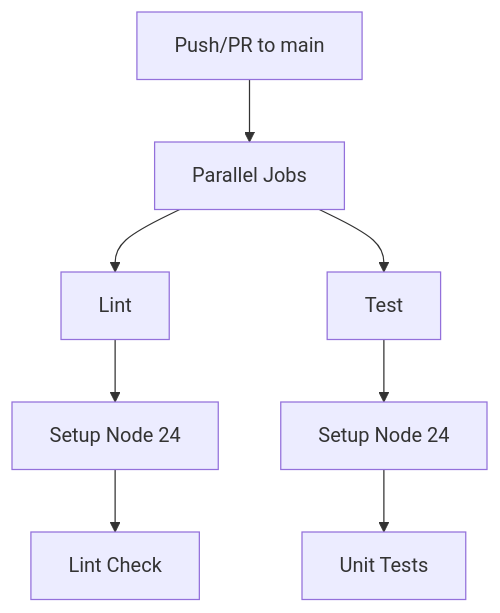
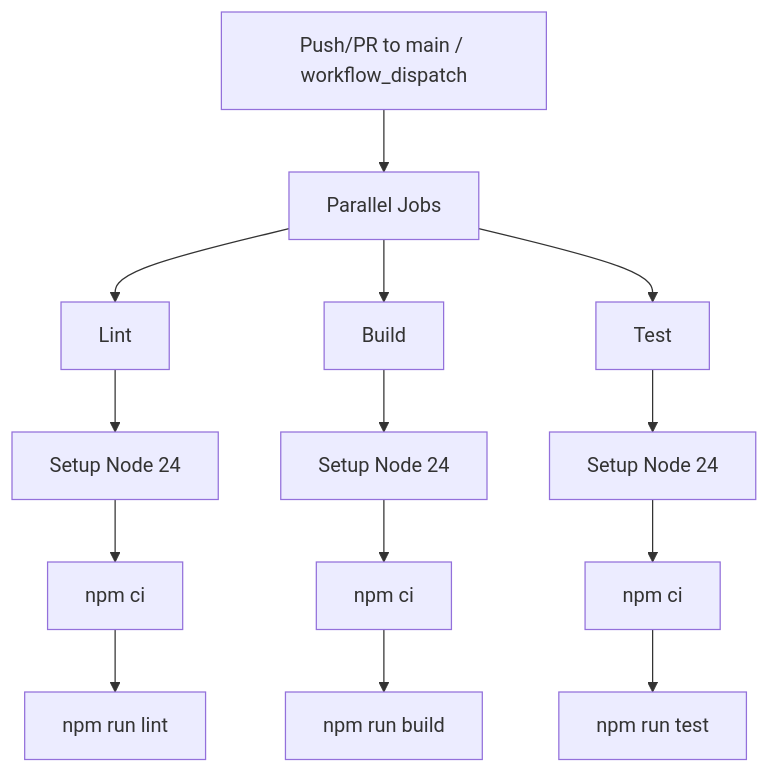
The diagram in .github/workflows/docs/ci.md (kevinchatham/halide), drawn with Mermaid before and after one commit. The commit also changed other lines of this file and 5 other files, not shown here.

First line of the commit message:
ci: add build job and expand workflow documentation

````diff
--- a/.github/workflows/docs/ci.md
+++ b/.github/workflows/docs/ci.md
@@ -7,11 +17,18 @@
 ```mermaid
 graph TD
-    A[Push/PR to main] --> B[Parallel Jobs]
+    A[Push/PR to main / workflow_dispatch] --> B[Parallel Jobs]
     B --> C[Lint]
-    B --> D[Test]
+    B --> D[Build]
+    B --> E[Test]
         C --> C1[Setup Node 24]
-        C1 --> C2[Lint Check]
+        C1 --> C2[npm ci]
+        C2 --> C3[npm run lint]
 
         D --> D1[Setup Node 24]
-        D1 --> D2[Unit Tests]
+        D1 --> D2[npm ci]
+        D2 --> D3[npm run build]
+
+        E --> E1[Setup Node 24]
+        E1 --> E2[npm ci]
+        E2 --> E3[npm run test]
 ```
````
